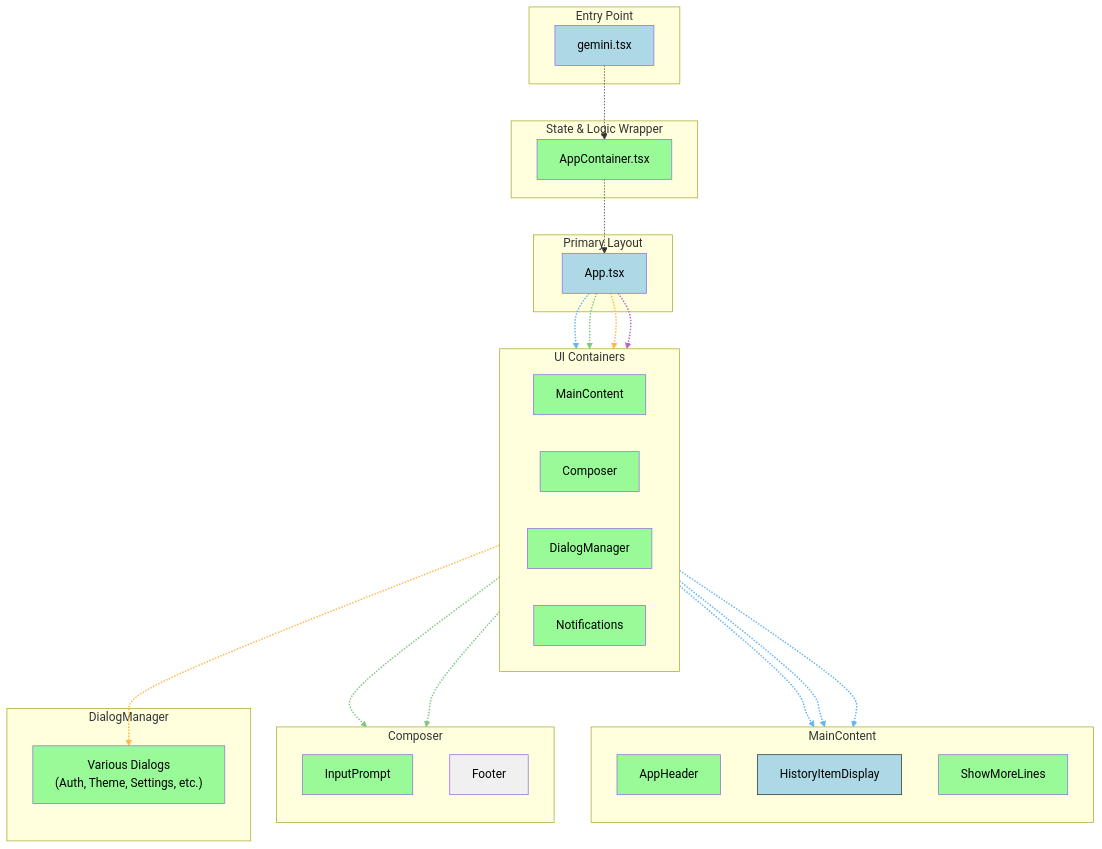
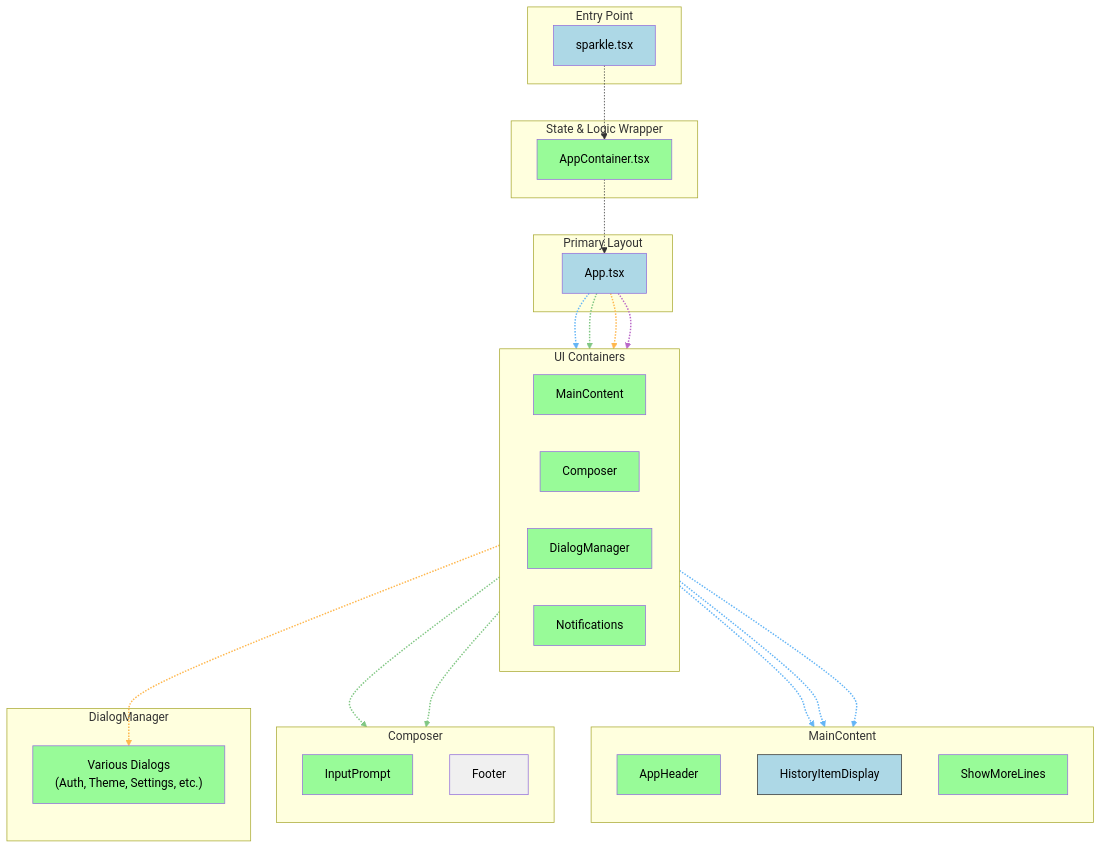
Before and after one commit to krrr/sparkle-cli: the diagram in docs/mermaid/render-path.mmd, drawn with Mermaid. The commit also changed 477 other files, not shown here.

```diff
--- a/docs/mermaid/render-path.mmd
+++ b/docs/mermaid/render-path.mmd
@@ -1,63 +1,63 @@
 graph TD
     %% --- Style Definitions ---
     classDef new fill:#98fb98,color:#000
     classDef changed fill:#add8e6,color:#000
     classDef unchanged fill:#f0f0f0,color:#000
     classDef dispatcher fill:#f9e79f,color:#000,stroke:#333,stroke-width:1px
     classDef container fill:#f5f5f5,color:#000,stroke:#ccc
 
     %% --- Component Tree ---
     subgraph "Entry Point"
-      A["gemini.tsx"]
+      A["sparkle.tsx"]
     end
 
     subgraph "State & Logic Wrapper"
       B["AppContainer.tsx"]
     end
 
     subgraph "Primary Layout"
       C["App.tsx"]
     end
 
     A -.-> B
     B -.-> C
 
     subgraph "UI Containers"
         direction LR
         C -.-> D["MainContent"]
         C -.-> G["Composer"]
         C -.-> F["DialogManager"]
         C -.-> E["Notifications"]
     end
 
     subgraph "MainContent"
         direction TB
         D -.-> H["AppHeader"]
         D -.-> I["HistoryItemDisplay"]:::dispatcher
         D -.-> L["ShowMoreLines"]
     end
 
     subgraph "Composer"
         direction TB
         G -.-> K_Prompt["InputPrompt"]
         G -.-> K_Footer["Footer"]
     end
 
     subgraph "DialogManager"
         F -.-> J["Various Dialogs<br>(Auth, Theme, Settings, etc.)"]
     end
 
     %% --- Apply Styles ---
     class B,D,E,F,G,H,J,K_Prompt,L new
     class A,C,I changed
     class K_Footer unchanged
 
     %% --- Link Styles ---
     %% MainContent Branch (Blue)
     linkStyle 2,6,7,8 stroke:#64b5f6,stroke-width:2px
     %% Composer Branch (Green)
     linkStyle 3,9,10 stroke:#81c784,stroke-width:2px
     %% DialogManager Branch (Orange)
     linkStyle 4,11 stroke:#ffb74d,stroke-width:2px
     %% Notifications Branch (Violet)
     linkStyle 5 stroke:#ba68c8,stroke-width:2px
```
